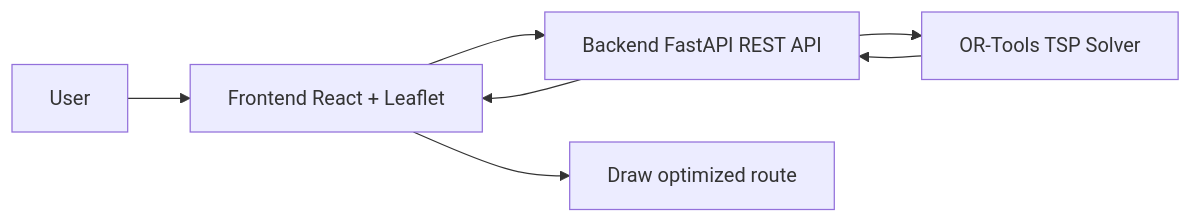
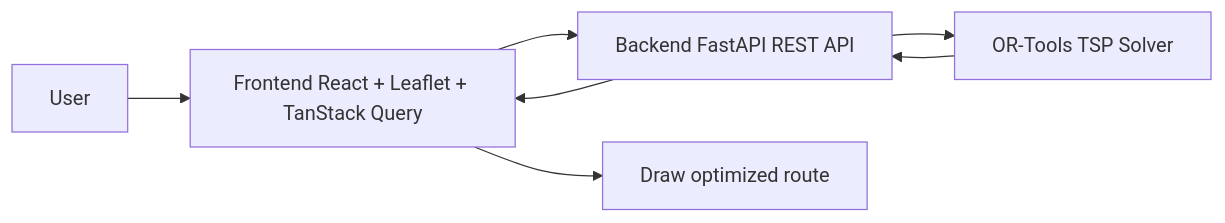
The diagram in plans/Plan.md (Duy-Nguyen-2006/Project1-Road-Finder), drawn with Mermaid before and after one commit. The commit also changed other lines of this file, not shown here.

Commit message:
Using Tanstack Query + Fetch API instead of Axios

````diff
--- a/plans/Plan.md
+++ b/plans/Plan.md
@@ -24,9 +24,9 @@
 ```mermaid
 flowchart LR
-    User[User] --> FE[Frontend React + Leaflet]
+    User[User] --> FE[Frontend React + Leaflet + TanStack Query]
     FE --> API[Backend FastAPI REST API]
     API --> TSPSolver[OR-Tools TSP Solver]
     TSPSolver --> API
     API --> FE
     FE --> Map[Draw optimized route]
 ```
````
